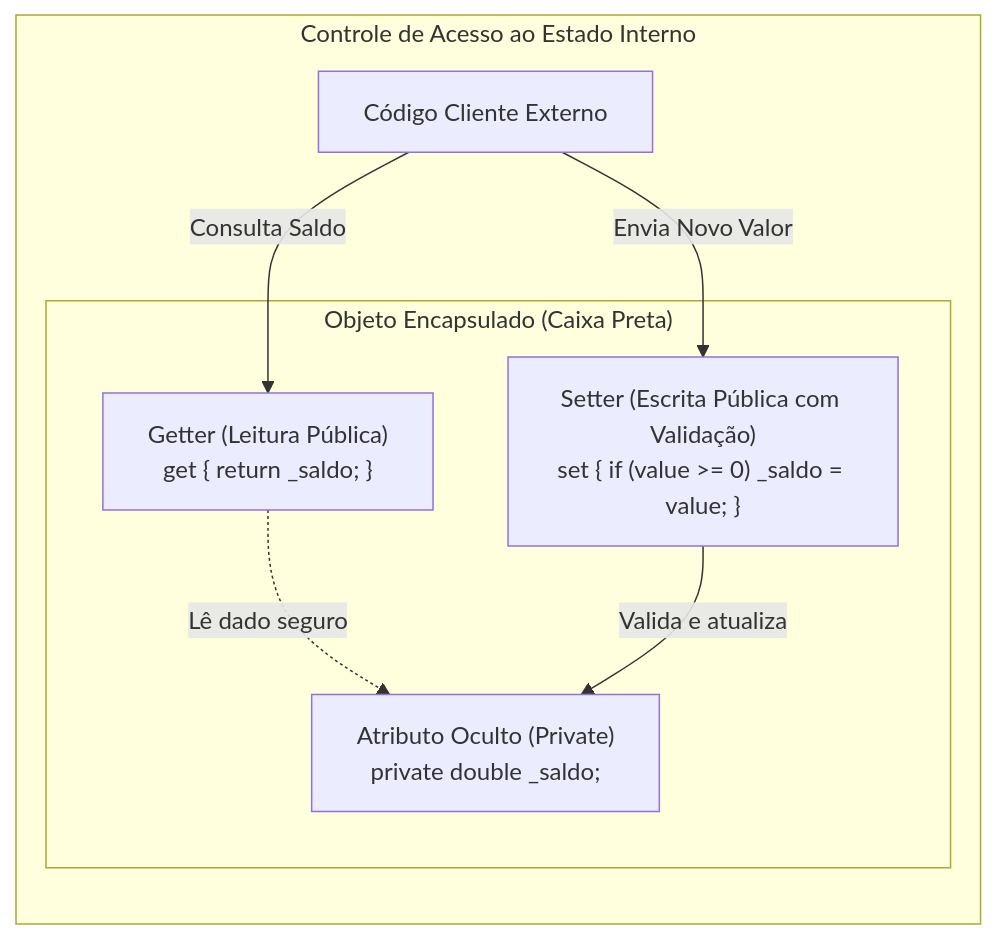
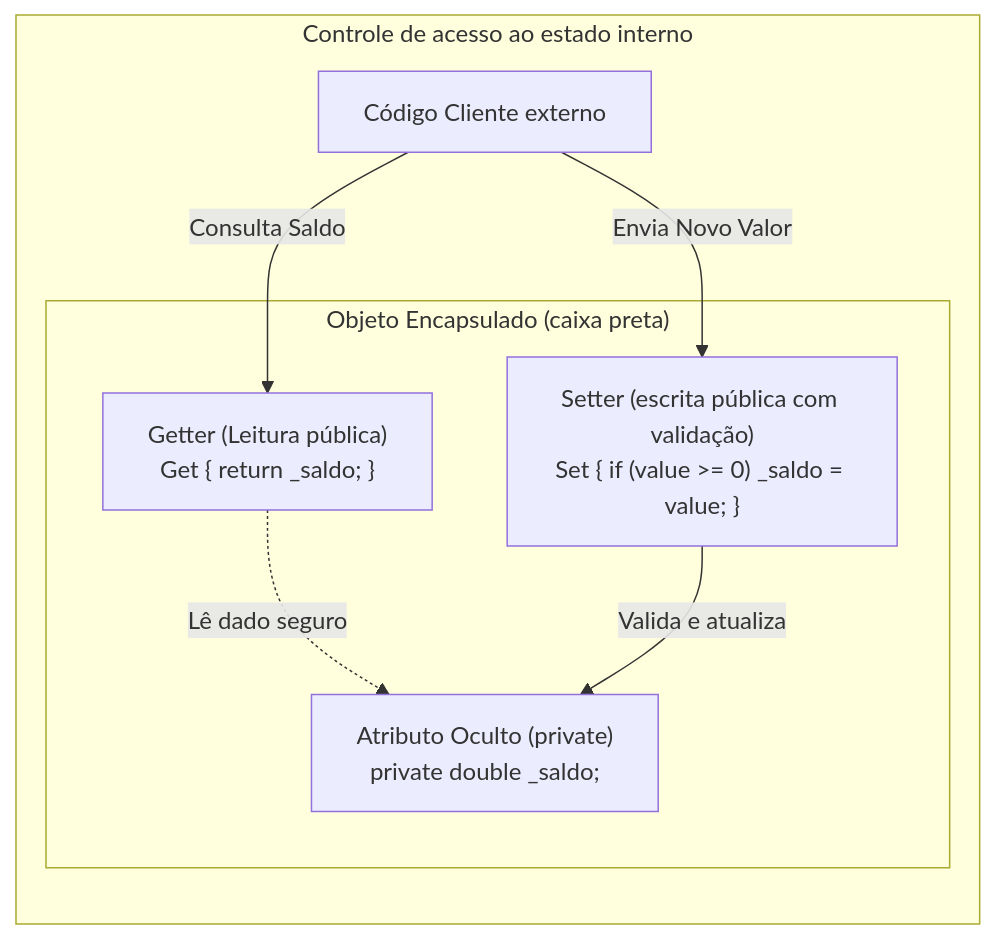
The first of 4 diagrams in 01. Programacao Modular/13. Métodos de acesso e propriedades (publicação de contratos e garantia de invariantes).md (leorruas/puc), drawn with Mermaid before and after one commit. The commit also changed other lines of this file and 10 other files, not shown here.

````diff
--- a/01. Programacao Modular/13. Métodos de acesso e propriedades (publicação de contratos e garantia de invariantes).md
+++ b/01. Programacao Modular/13. Métodos de acesso e propriedades (publicação de contratos e garantia de invariantes).md
@@ -45,18 +53,18 @@
 ```mermaid
 flowchart TD
-    subgraph FluxoAcesso ["Controle de Acesso ao Estado Interno"]
+    subgraph FluxoAcesso ["Controle de acesso ao estado interno"]
         direction TB
-        Cliente["Código Cliente Externo"]
-        
-        subgraph Modulo ["Objeto Encapsulado (Caixa Preta)"]
-            PortaGetter["Getter (Leitura Pública)<br>get { return _saldo; }"]
-            PortaSetter["Setter (Escrita Pública com Validação)<br>set { if (value >= 0) _saldo = value; }"]
-            EstadoPrivado["Atributo Oculto (Private)<br>private double _saldo;"]
+        Cliente["Código Cliente externo"]
+
+        subgraph Modulo ["Objeto Encapsulado (caixa preta)"]
+            PortaGetter["Getter (Leitura pública)<br>Get { return _saldo; }"]
+            PortaSetter["Setter (escrita pública com validação)<br>Set { if (value >= 0) _saldo = value; }"]
+            EstadoPrivado["Atributo Oculto (private)<br>private double _saldo;"]
         end
 
         Cliente -->|Consulta Saldo| PortaGetter
         Cliente -->|Envia Novo Valor| PortaSetter
         PortaGetter -.->|Lê dado seguro| EstadoPrivado
         PortaSetter -->|Valida e atualiza| EstadoPrivado
     end
 ```
````
